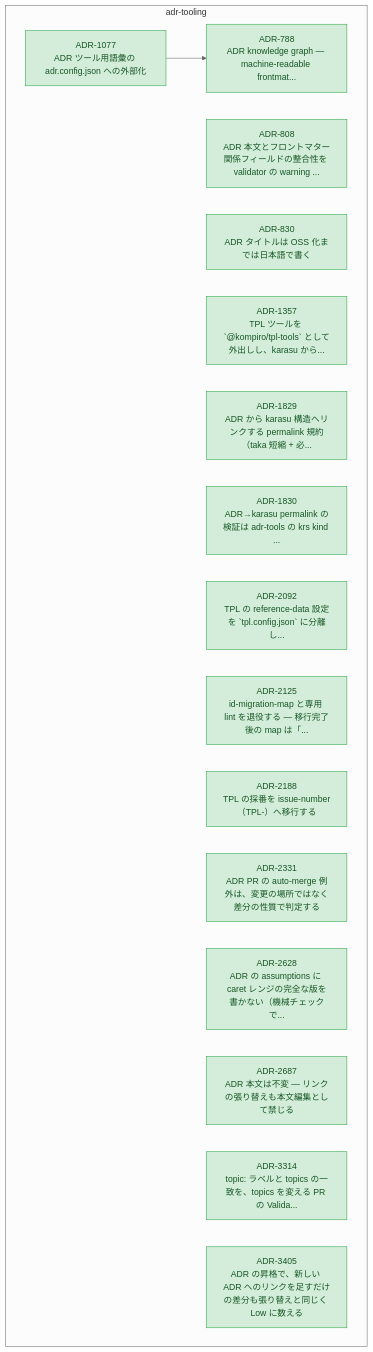
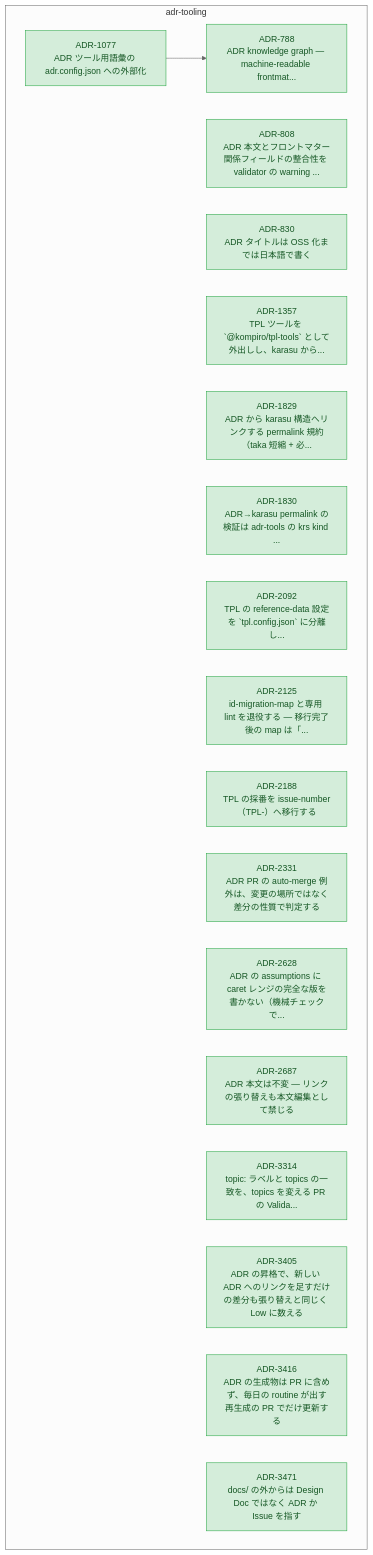
The diagram in docs/adr/graph/adr-tooling.md (kompiro/karasu), drawn with Mermaid (neutral theme) before and after one commit. The commit also changed 5 other files, not shown here.

````diff
--- a/docs/adr/graph/adr-tooling.md
+++ b/docs/adr/graph/adr-tooling.md
@@ -6,43 +6,47 @@
 ```mermaid
 flowchart TD
   subgraph adr-tooling["adr-tooling"]
     ADR_788["ADR-788<br/>ADR knowledge graph — machine-readable frontmat..."]
     ADR_808["ADR-808<br/>ADR 本文とフロントマター関係フィールドの整合性を validator の warning ..."]
     ADR_830["ADR-830<br/>ADR タイトルは OSS 化までは日本語で書く"]
     ADR_1077["ADR-1077<br/>ADR ツール用語彙の adr.config.json への外部化"]
     ADR_1357["ADR-1357<br/>TPL ツールを `@kompiro/tpl-tools` として外出しし、karasu から..."]
     ADR_1829["ADR-1829<br/>ADR から karasu 構造へリンクする permalink 規約（taka 短縮 + 必..."]
     ADR_1830["ADR-1830<br/>ADR→karasu permalink の検証は adr-tools の krs kind ..."]
     ADR_2092["ADR-2092<br/>TPL の reference-data 設定を `tpl.config.json` に分離し..."]
     ADR_2125["ADR-2125<br/>id-migration-map と専用 lint を退役する — 移行完了後の map は「..."]
     ADR_2188["ADR-2188<br/>TPL の採番を issue-number（TPL-<n>）へ移行する"]
     ADR_2331["ADR-2331<br/>ADR PR の auto-merge 例外は、変更の場所ではなく差分の性質で判定する"]
     ADR_2628["ADR-2628<br/>ADR の assumptions に caret レンジの完全な版を書かない（機械チェックで..."]
     ADR_2687["ADR-2687<br/>ADR 本文は不変 — リンクの張り替えも本文編集として禁じる"]
     ADR_3314["ADR-3314<br/>topic: ラベルと topics の一致を、topics を変える PR の Valida..."]
     ADR_3405["ADR-3405<br/>ADR の昇格で、新しい ADR へのリンクを足すだけの差分も張り替えと同じく Low に数える"]
+    ADR_3416["ADR-3416<br/>ADR の生成物は PR に含めず、毎日の routine が出す再生成の PR でだけ更新する"]
+    ADR_3471["ADR-3471<br/>docs/ の外からは Design Doc ではなく ADR か Issue を指す"]
   end
   ADR_1077 --> ADR_788
 
   classDef accepted fill:#d4edda,stroke:#28a745,color:#155724
   classDef proposed fill:#fff3cd,stroke:#ffc107,color:#856404
   classDef deprecated fill:#f8d7da,stroke:#dc3545,color:#721c24
   classDef superseded fill:#e2e3e5,stroke:#6c757d,color:#383d41
   classDef not_adopted fill:#e2e3e5,stroke:#6c757d,color:#383d41,stroke-dasharray:3 3
   classDef ghost fill:#f5f5f5,stroke:#adb5bd,color:#6c757d,stroke-dasharray:2 2
   class ADR_788 accepted
   class ADR_808 accepted
   class ADR_830 accepted
   class ADR_1077 accepted
   class ADR_1357 accepted
   class ADR_1829 accepted
   class ADR_1830 accepted
   class ADR_2092 accepted
   class ADR_2125 accepted
   class ADR_2188 accepted
   class ADR_2331 accepted
   class ADR_2628 accepted
   class ADR_2687 accepted
   class ADR_3314 accepted
   class ADR_3405 accepted
+  class ADR_3416 accepted
+  class ADR_3471 accepted
 ```
````
